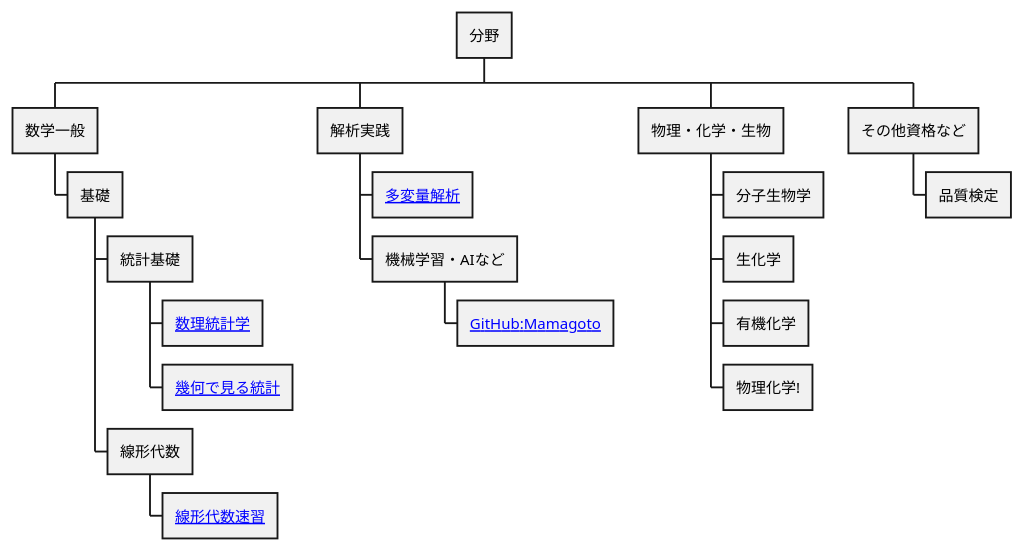
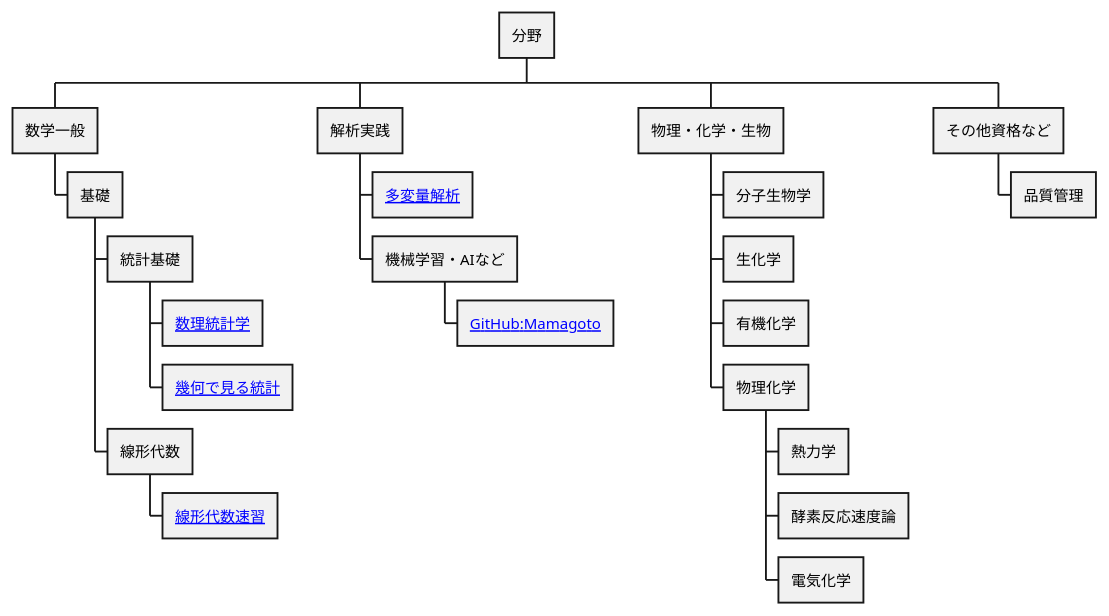
One commit to kaY-hR/MathNote changed the diagram in source/01_概要.md. Above: the diagram before and after it, drawn with PlantUML. The commit also changed 1 other file, not shown here.

Commit message:
概要の更新 #3

````diff
--- a/source/01_概要.md
+++ b/source/01_概要.md
@@ -15,35 +15,38 @@
 ```plantuml
 @startwbs
 * 分野
 ** 数学一般
 *** 基礎
 **** 統計基礎
 ***** [[index.html?tab=02_数理統計学 数理統計学]]
 ***** [[index.html?tab=20_幾何で見る統計 幾何で見る統計]]
 **** 線形代数
 ***** [[index.html?tab=30_線形代数速習 線形代数速習]]
 ' **** 微分積分
 ' **** 集合と位相
 ' *** 解析
 ' **** ベクトル解析
 ' **** 解析学基礎
 ' **** 複素解析
 ' **** フーリエ解析
 ' *** ルベーグ積分
 ' *** 計算数理
 ' *** 偏微分方程式論
 ' *** 関数解析学
 ' *** スペクトル論
 ** 解析実践
 *** [[index.html?tab=10_多変量解析 多変量解析]]
 *** 機械学習・AIなど
 **** [[https://github.com/kaY-hR/Mamagoto GitHub:Mamagoto]]
 ** 物理・化学・生物
 *** 分子生物学
 *** 生化学
 *** 有機化学
-*** 物理化学!
+*** 物理化学
+**** 熱力学
+**** 酵素反応速度論
+**** 電気化学
 ** その他資格など
-*** 品質検定
+*** 品質管理
 @endwbs
 ```
````
